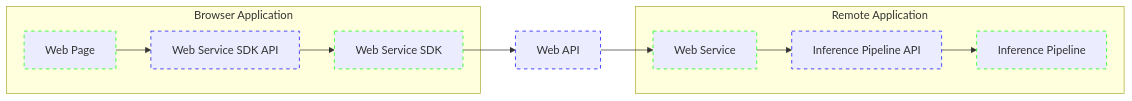
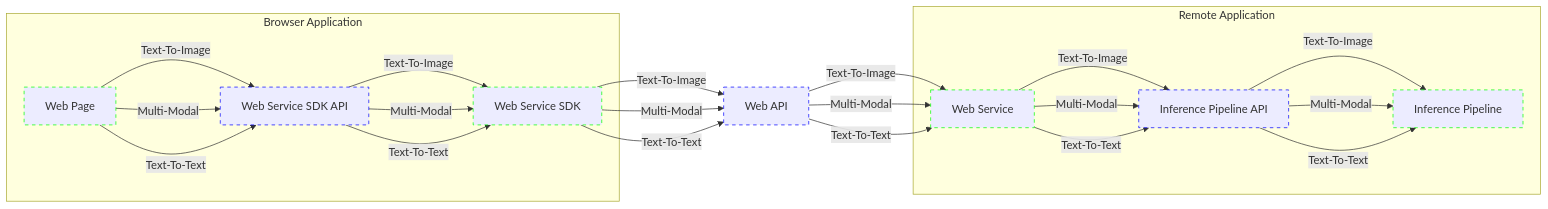
The diagram in docs/webAPI/architecture.mmd (bjacobgordon/shark-ui), drawn with Mermaid before and after one commit.

Commit message:
step: splits connections per modality

```diff
--- a/docs/webAPI/architecture.mmd
+++ b/docs/webAPI/architecture.mmd
@@ -1,40 +1,52 @@
 flowchart LR
   classDef Contract          stroke: #00F, stroke-dasharray: 5
   classDef ApplicationModule stroke: #0F0, stroke-dasharray: 5
 
   subgraph BrowserApplication[Browser Application]
     BrowserApplication_WebPage[Web Page]
     class BrowserApplication_WebPage ApplicationModule
 
-    BrowserApplication_WebPage --> BrowserApplication_WebServiceSDK_API
+    BrowserApplication_WebPage BrowserApplication_WebPage__TextToImage__BrowserApplication_WebServiceSDK_API@--Text-To-Image--> BrowserApplication_WebServiceSDK_API
+    BrowserApplication_WebPage BrowserApplication_WebPage__MultiModal__BrowserApplication_WebServiceSDK_API@--Multi-Modal--> BrowserApplication_WebServiceSDK_API
+    BrowserApplication_WebPage BrowserApplication_WebPage__TextToText__BrowserApplication_WebServiceSDK_API@--Text-To-Text--> BrowserApplication_WebServiceSDK_API
 
     BrowserApplication_WebServiceSDK_API[Web Service SDK API]
     class BrowserApplication_WebServiceSDK_API Contract
 
-    BrowserApplication_WebServiceSDK_API --> BrowserApplication_WebServiceSDK
+    BrowserApplication_WebServiceSDK_API BrowserApplication_WebServiceSDK_API__TextToImage__BrowserApplication_WebServiceSDK@--Text-To-Image--> BrowserApplication_WebServiceSDK
+    BrowserApplication_WebServiceSDK_API BrowserApplication_WebServiceSDK_API__MultiModal__BrowserApplication_WebServiceSDK@--Multi-Modal--> BrowserApplication_WebServiceSDK
+    BrowserApplication_WebServiceSDK_API BrowserApplication_WebServiceSDK_API__TextToText__BrowserApplication_WebServiceSDK@--Text-To-Text--> BrowserApplication_WebServiceSDK
 
     BrowserApplication_WebServiceSDK[Web Service SDK]
     class BrowserApplication_WebServiceSDK ApplicationModule
   end
 
-  BrowserApplication_WebServiceSDK --> WebAPI
+  BrowserApplication_WebServiceSDK BrowserApplication_WebServiceSDK__TextToImage__WebAPI@--Text-To-Image--> WebAPI
+  BrowserApplication_WebServiceSDK BrowserApplication_WebServiceSDK__MultiModal__WebAPI@--Multi-Modal--> WebAPI
+  BrowserApplication_WebServiceSDK BrowserApplication_WebServiceSDK__TextToText__WebAPI@--Text-To-Text--> WebAPI
 
   WebAPI[Web API]
   class WebAPI Contract
 
-  WebAPI --> RemoteApplication_WebService
+  WebAPI WebAPI__TextToImage__RemoteApplication_WebService@--Text-To-Image--> RemoteApplication_WebService
+  WebAPI WebAPI__MultiModal__RemoteApplication_WebService@--Multi-Modal--> RemoteApplication_WebService
+  WebAPI WebAPI__TextToText__RemoteApplication_WebService@--Text-To-Text--> RemoteApplication_WebService
 
   subgraph RemoteApplication[Remote Application]
     RemoteApplication_WebService[Web Service]
     class RemoteApplication_WebService ApplicationModule
 
-    RemoteApplication_WebService --> RemoteApplication_InferencePipeline_API
+    RemoteApplication_WebService RemoteApplication_WebService__TextToImage__RemoteApplication_InferencePipeline_API@--Text-To-Image--> RemoteApplication_InferencePipeline_API
+    RemoteApplication_WebService RemoteApplication_WebService__MultiModal__RemoteApplication_InferencePipeline_API@--Multi-Modal--> RemoteApplication_InferencePipeline_API
+    RemoteApplication_WebService RemoteApplication_WebService__TextToText__RemoteApplication_InferencePipeline_API@--Text-To-Text--> RemoteApplication_InferencePipeline_API
 
     RemoteApplication_InferencePipeline_API[Inference Pipeline API]
     class RemoteApplication_InferencePipeline_API Contract
 
-    RemoteApplication_InferencePipeline_API --> RemoteApplication_InferencePipeline
+    RemoteApplication_InferencePipeline_API RemoteApplication_InferencePipeline_API__TextToImage__RemoteApplication_InferencePipeline@--Text-To-Image--> RemoteApplication_InferencePipeline
+    RemoteApplication_InferencePipeline_API RemoteApplication_InferencePipeline_API__MultiModal__RemoteApplication_InferencePipeline@--Multi-Modal--> RemoteApplication_InferencePipeline
+    RemoteApplication_InferencePipeline_API RemoteApplication_InferencePipeline_API__TextToText__RemoteApplication_InferencePipeline@--Text-To-Text--> RemoteApplication_InferencePipeline
 
     RemoteApplication_InferencePipeline[Inference Pipeline]
     class RemoteApplication_InferencePipeline ApplicationModule
   end
```
